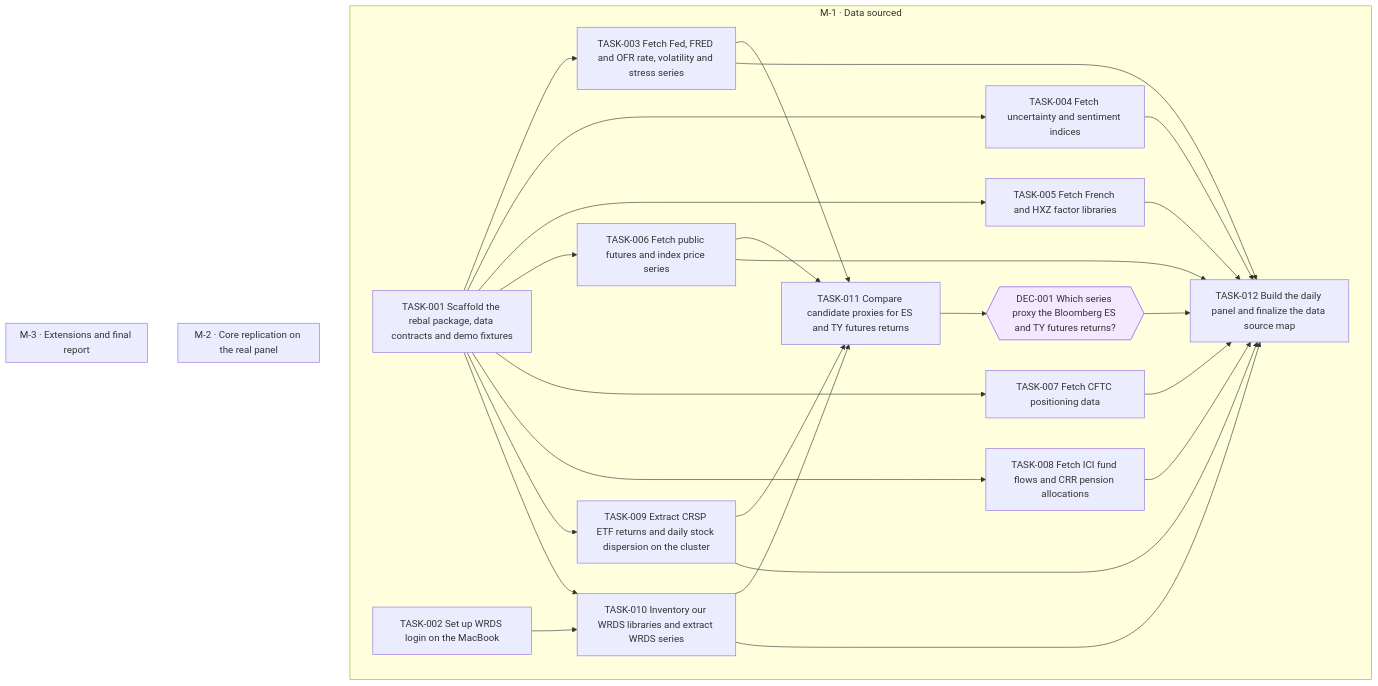
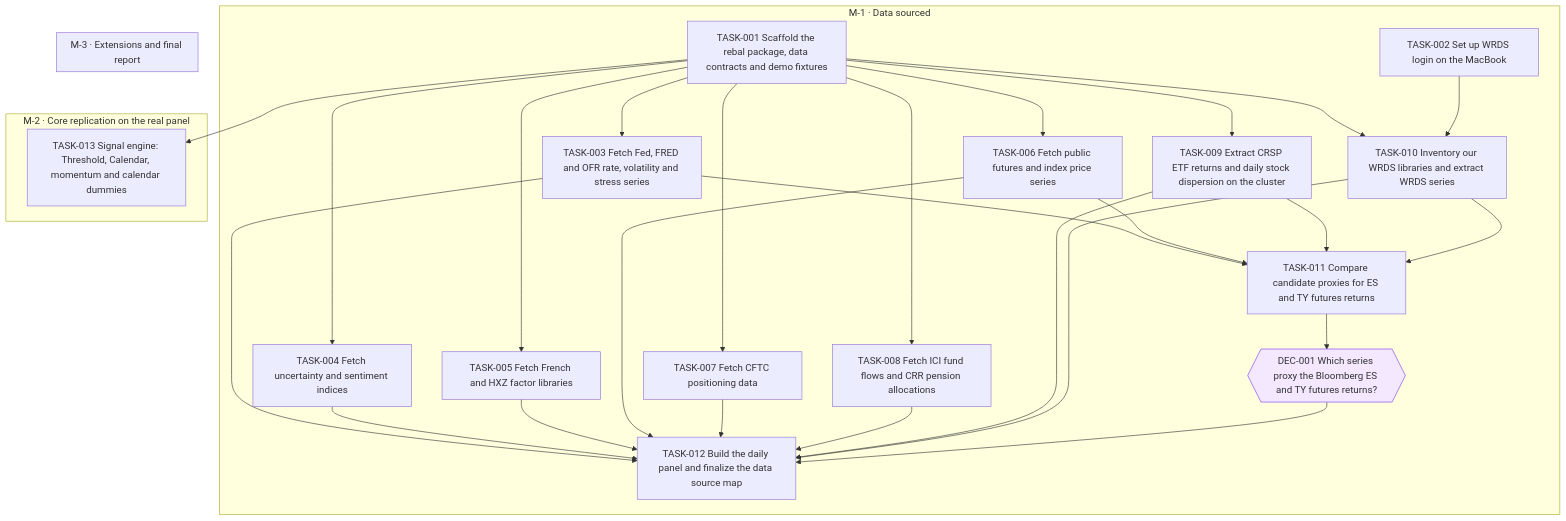
One commit to jesusvillota/replicate changed the diagram in goals/hmm-rebalancing/README.md. Above: the diagram before and after it, drawn with Mermaid. The commit also changed 1 other file, not shown here.

Commit message:
goal(hmm-rebalancing): add TASK-013 Signal engine: Threshold, Calendar, momentum and calendar dummies

````diff
--- a/goals/hmm-rebalancing/README.md
+++ b/goals/hmm-rebalancing/README.md
@@ -126,49 +126,51 @@
 ```mermaid
 flowchart TD
   subgraph M_1["M-1 · Data sourced"]
     DEC_001{{"DEC-001 Which series proxy the Bloomberg ES and TY futures returns?"}}
     TASK_001["TASK-001 Scaffold the rebal package, data contracts and demo fixtures"]
     TASK_002["TASK-002 Set up WRDS login on the MacBook"]
     TASK_003["TASK-003 Fetch Fed, FRED and OFR rate, volatility and stress series"]
     TASK_004["TASK-004 Fetch uncertainty and sentiment indices"]
     TASK_005["TASK-005 Fetch French and HXZ factor libraries"]
     TASK_006["TASK-006 Fetch public futures and index price series"]
     TASK_007["TASK-007 Fetch CFTC positioning data"]
     TASK_008["TASK-008 Fetch ICI fund flows and CRR pension allocations"]
     TASK_009["TASK-009 Extract CRSP ETF returns and daily stock dispersion on the cluster"]
     TASK_010["TASK-010 Inventory our WRDS libraries and extract WRDS series"]
     TASK_011["TASK-011 Compare candidate proxies for ES and TY futures returns"]
     TASK_012["TASK-012 Build the daily panel and finalize the data source map"]
   end
   subgraph M_2["M-2 · Core replication on the real panel"]
+    TASK_013["TASK-013 Signal engine: Threshold, Calendar, momentum and calendar dummies"]
   end
   subgraph M_3["M-3 · Extensions and final report"]
   end
   TASK_011 --> DEC_001
   TASK_001 --> TASK_003
   TASK_001 --> TASK_004
   TASK_001 --> TASK_005
   TASK_001 --> TASK_006
   TASK_001 --> TASK_007
   TASK_001 --> TASK_008
   TASK_001 --> TASK_009
   TASK_001 --> TASK_010
   TASK_002 --> TASK_010
   TASK_003 --> TASK_011
   TASK_006 --> TASK_011
   TASK_009 --> TASK_011
   TASK_010 --> TASK_011
   TASK_003 --> TASK_012
   TASK_004 --> TASK_012
   TASK_005 --> TASK_012
   TASK_006 --> TASK_012
   TASK_007 --> TASK_012
   TASK_008 --> TASK_012
   TASK_009 --> TASK_012
   TASK_010 --> TASK_012
   DEC_001 --> TASK_012
+  TASK_001 --> TASK_013
   classDef draft stroke-dasharray: 4 3
   classDef cancelled opacity:0.45
   classDef decision fill:#f3e8ff,stroke:#7c3aed
   class DEC_001 decision
 ```
````
